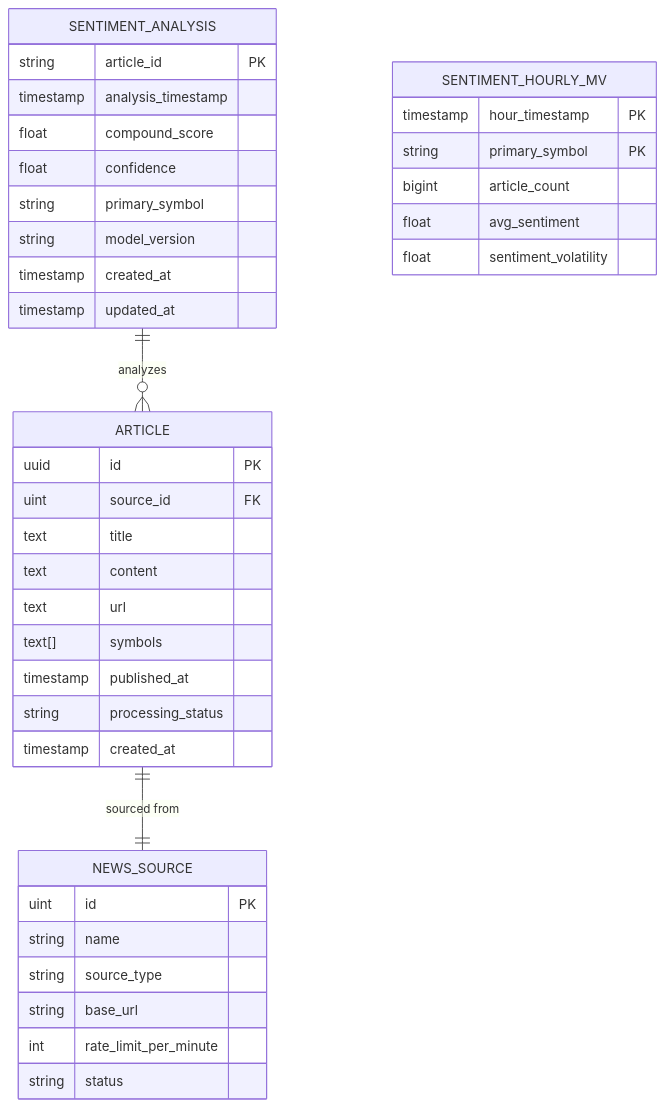
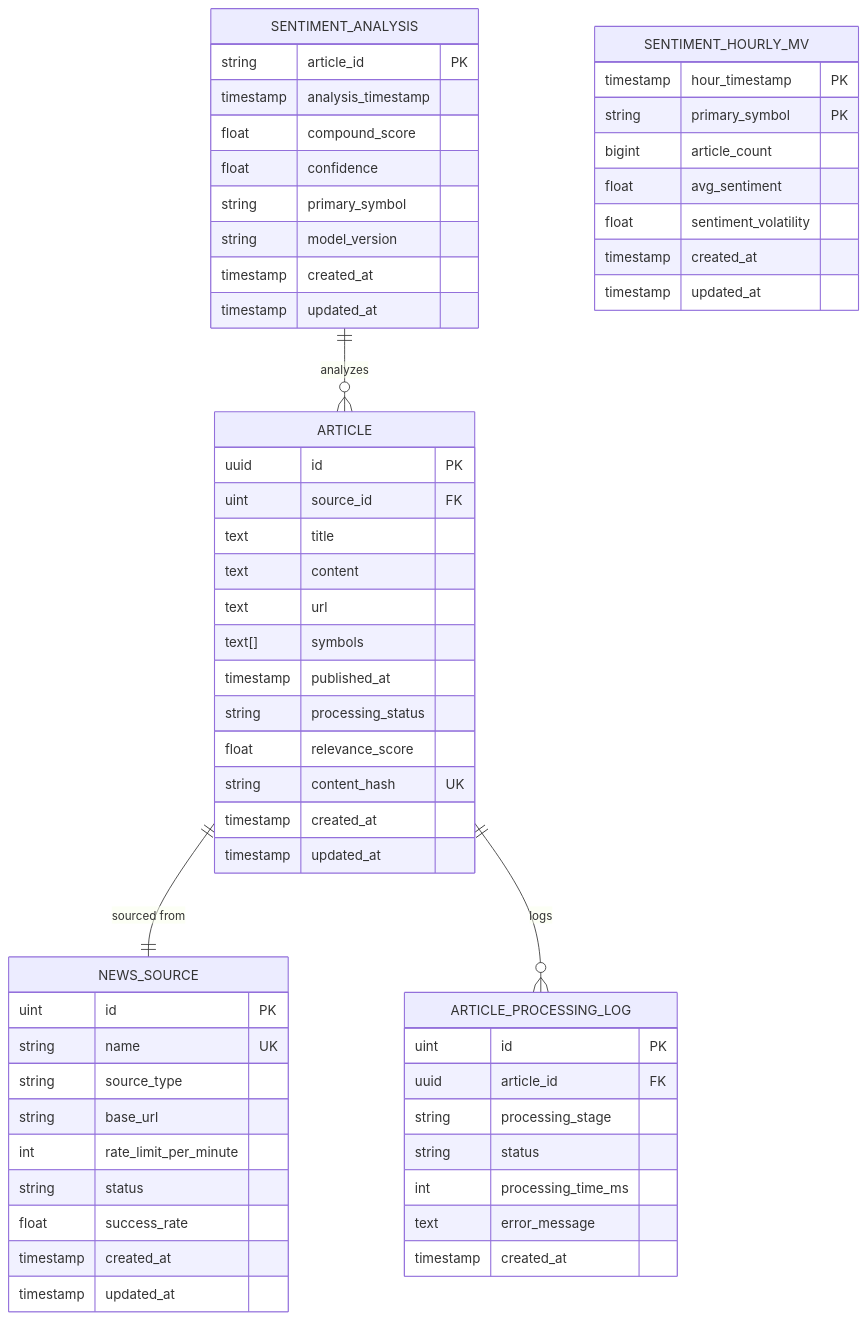
One commit to ZakariaRek/Real-Time-Financial-News-Market-Impact-Analysis-system changed the sixth of 6 diagrams in services/nlp-processing/README.md. Above: the diagram before and after it, drawn with Mermaid. The commit also changed other lines of this file, not shown here.

````diff
--- a/services/nlp-processing/README.md
+++ b/services/nlp-processing/README.md
@@ -103,45 +895,64 @@
 ```mermaid
 erDiagram
     SENTIMENT_ANALYSIS ||--o{ ARTICLE : analyzes
     ARTICLE ||--|| NEWS_SOURCE : "sourced from"
+    ARTICLE ||--o{ ARTICLE_PROCESSING_LOG : logs
     
     SENTIMENT_ANALYSIS {
         string article_id PK
         timestamp analysis_timestamp
         float compound_score
         float confidence
         string primary_symbol
         string model_version
         timestamp created_at
         timestamp updated_at
     }
     
     ARTICLE {
         uuid id PK
         uint source_id FK
         text title
         text content
         text url
         text[] symbols
         timestamp published_at
         string processing_status
+        float relevance_score
+        string content_hash UK
         timestamp created_at
+        timestamp updated_at
     }
     
     NEWS_SOURCE {
         uint id PK
-        string name
+        string name UK
         string source_type
         string base_url
         int rate_limit_per_minute
         string status
+        float success_rate
+        timestamp created_at
+        timestamp updated_at
+    }
+    
+    ARTICLE_PROCESSING_LOG {
+        uint id PK
+        uuid article_id FK
+        string processing_stage
+        string status
+        int processing_time_ms
+        text error_message
+        timestamp created_at
     }
     
     SENTIMENT_HOURLY_MV {
         timestamp hour_timestamp PK
         string primary_symbol PK
         bigint article_count
         float avg_sentiment
         float sentiment_volatility
+        timestamp created_at
+        timestamp updated_at
     }
 ```
````
